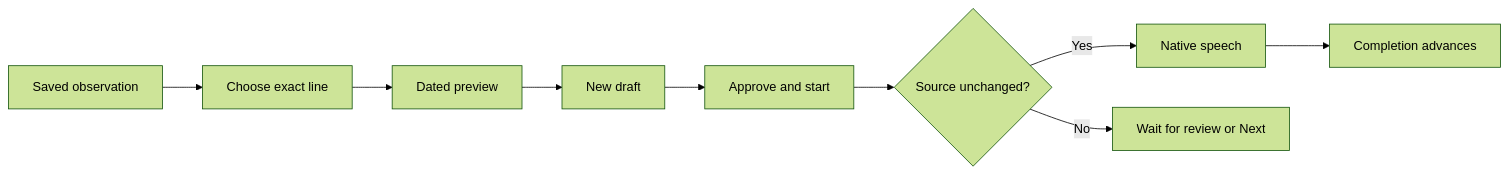
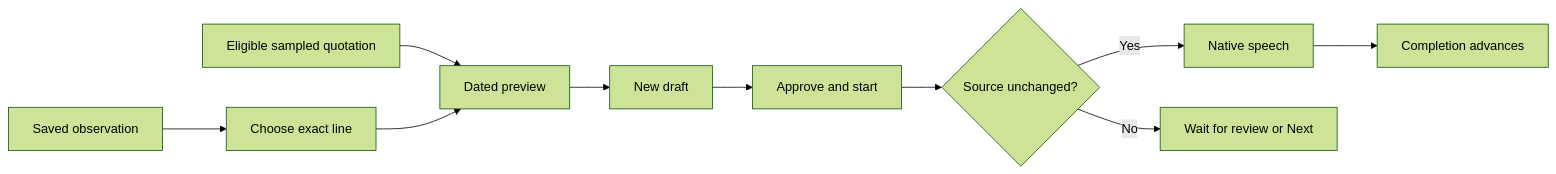
The diagram in docs/SAVED-MOMENTS.md (gderamchi/morning-operator), drawn with Mermaid (forest theme) before and after one commit. The commit also changed other lines of this file and 11 other files, not shown here.

````diff
--- a/docs/SAVED-MOMENTS.md
+++ b/docs/SAVED-MOMENTS.md
@@ -21,11 +23,12 @@
 ```mermaid
 flowchart LR
     A["Saved observation"] --> B["Choose exact line"]
+    Q["Eligible sampled quotation"] --> C["Dated preview"]
     B --> C["Dated preview"]
     C --> D["New draft"]
     D --> E["Approve and start"]
     E --> F{"Source unchanged?"}
     F -- Yes --> G["Native speech"]
     G --> H["Completion advances"]
     F -- No --> I["Wait for review or Next"]
 ```
````
